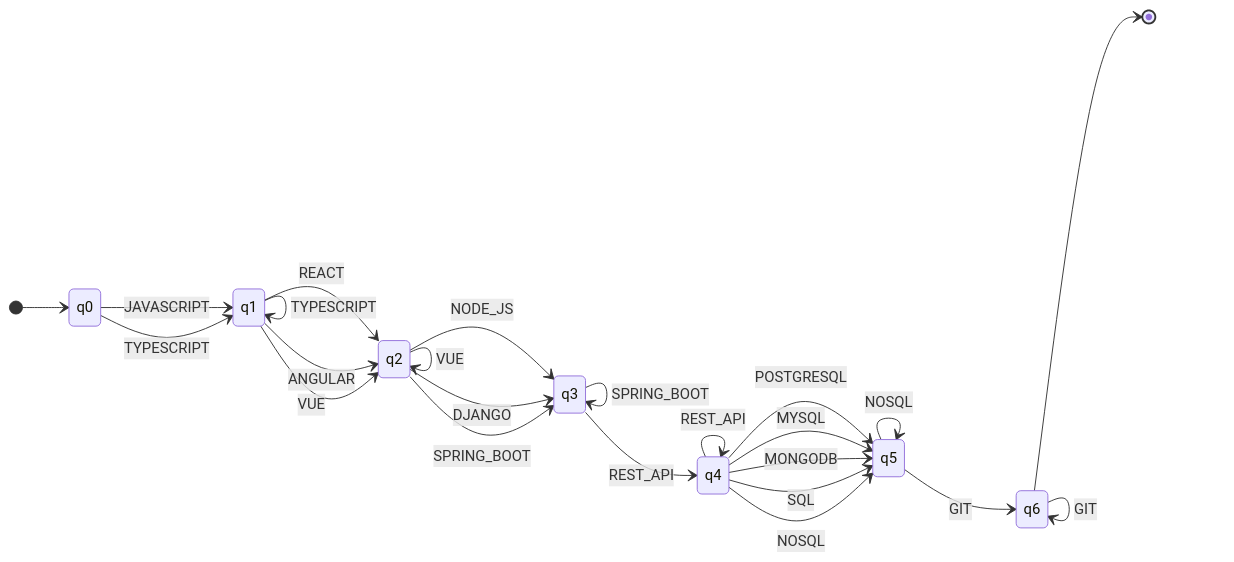
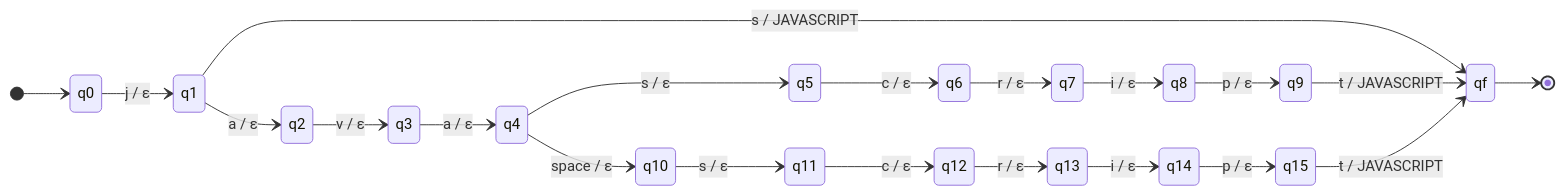
The first of 39 diagrams in docs/stage2-transducers.md (Gabrielacbcc/MicheGaby), drawn with Mermaid before and after one commit. The commit also changed other lines of this file and 6 other files, not shown here.

````diff
--- a/docs/stage2-transducers.md
+++ b/docs/stage2-transducers.md
@@ -50,36 +35,24 @@
 ```mermaid
 stateDiagram-v2
     direction LR
     [*] --> q0
-    q0 --> q1: JAVASCRIPT
-    q1 --> q1: JAVASCRIPT
-    q0 --> q1: TYPESCRIPT
-    q1 --> q1: TYPESCRIPT
-    q1 --> q2: REACT
-    q2 --> q2: REACT
-    q1 --> q2: ANGULAR
-    q2 --> q2: ANGULAR
-    q1 --> q2: VUE
-    q2 --> q2: VUE
-    q2 --> q3: NODE_JS
-    q3 --> q3: NODE_JS
-    q2 --> q3: DJANGO
-    q3 --> q3: DJANGO
-    q2 --> q3: SPRING_BOOT
-    q3 --> q3: SPRING_BOOT
-    q3 --> q4: REST_API
-    q4 --> q4: REST_API
-    q4 --> q5: POSTGRESQL
-    q5 --> q5: POSTGRESQL
-    q4 --> q5: MYSQL
-    q5 --> q5: MYSQL
-    q4 --> q5: MONGODB
-    q5 --> q5: MONGODB
-    q4 --> q5: SQL
-    q5 --> q5: SQL
-    q4 --> q5: NOSQL
-    q5 --> q5: NOSQL
-    q5 --> q6: GIT
-    q6 --> q6: GIT
-    q6 --> [*]
+    q0 --> q1: j / ε
+    q1 --> qf: s / JAVASCRIPT
+    q1 --> q2: a / ε
+    q2 --> q3: v / ε
+    q3 --> q4: a / ε
+    q4 --> q5: s / ε
+    q5 --> q6: c / ε
+    q6 --> q7: r / ε
+    q7 --> q8: i / ε
+    q8 --> q9: p / ε
+    q9 --> qf: t / JAVASCRIPT
+    q4 --> q10: space / ε
+    q10 --> q11: s / ε
+    q11 --> q12: c / ε
+    q12 --> q13: r / ε
+    q13 --> q14: i / ε
+    q14 --> q15: p / ε
+    q15 --> qf: t / JAVASCRIPT
+    qf --> [*]
 ```
````
